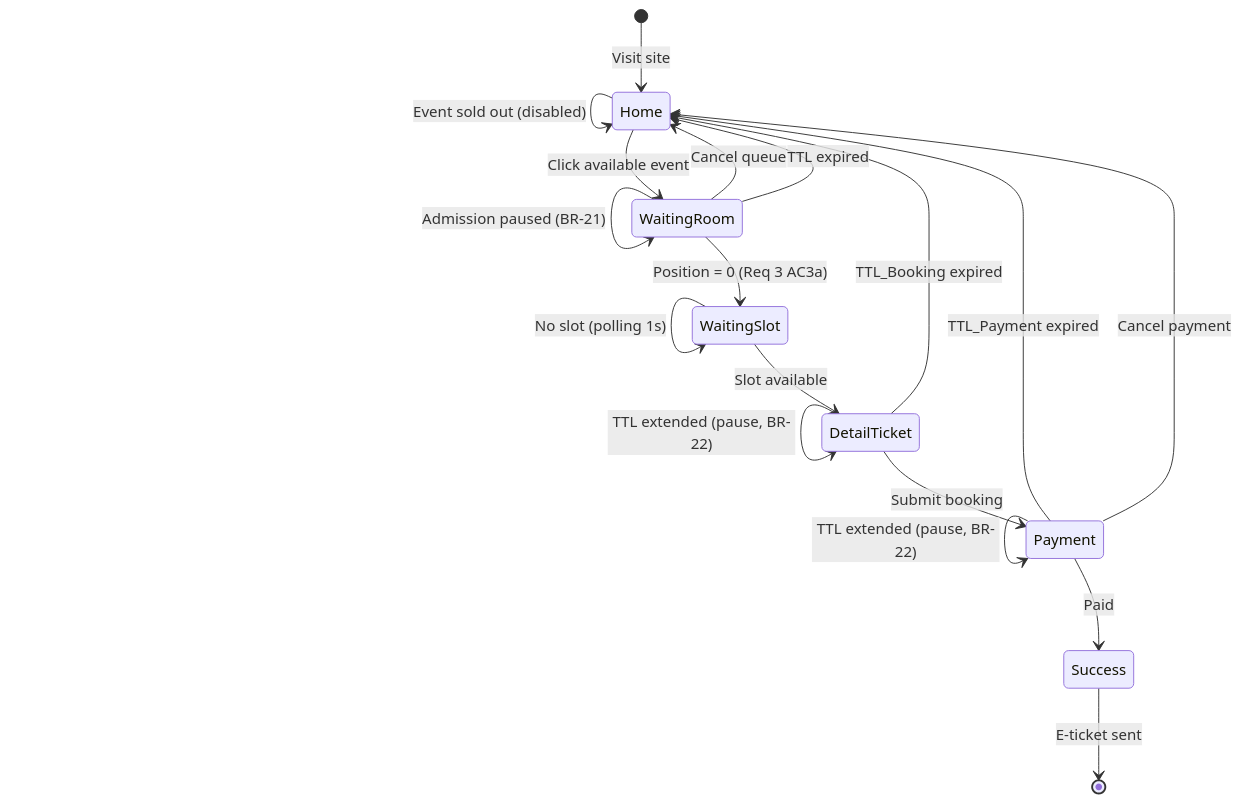
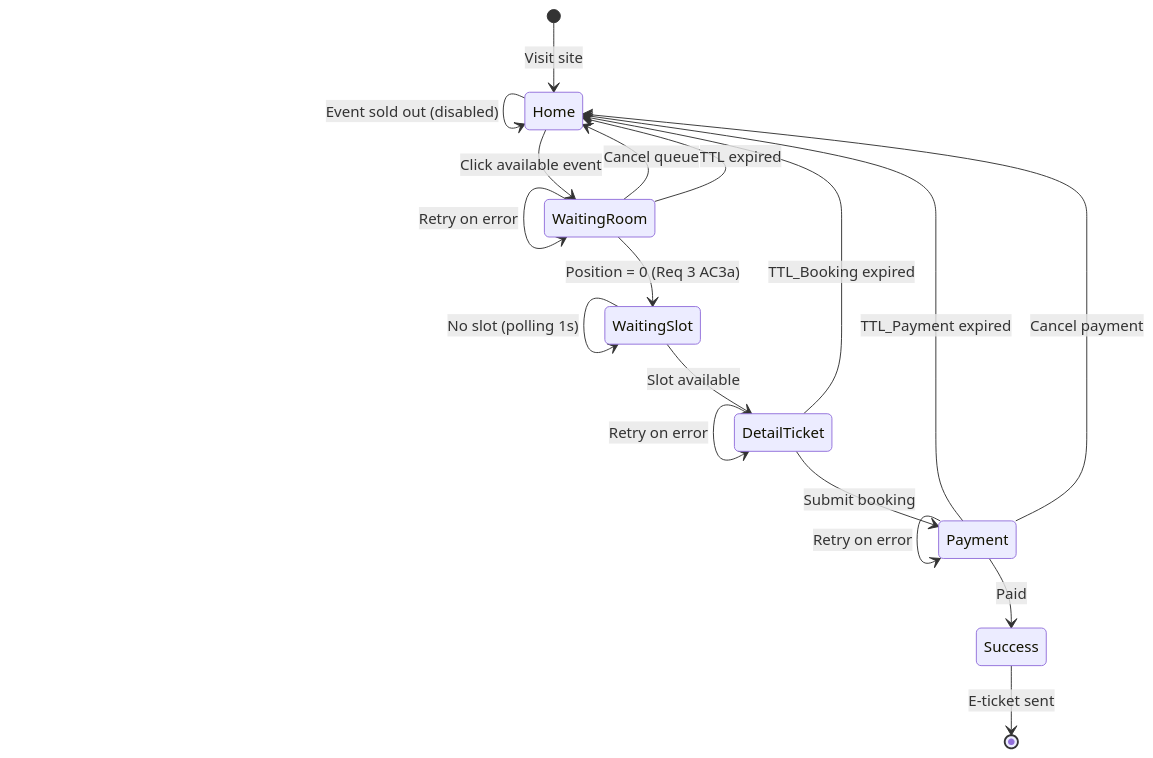
The first of 3 diagrams in .kiro/specs/rusuh-tiket-booking/design.md (PTServerJanganTumbang-BookingTicket/fe-web-rusuh-war-ticketing), drawn with Mermaid before and after one commit. The commit also changed other lines of this file and 2 other files, not shown here.

````diff
--- a/.kiro/specs/rusuh-tiket-booking/design.md
+++ b/.kiro/specs/rusuh-tiket-booking/design.md
@@ -1805,30 +1807,30 @@
 ```mermaid
 stateDiagram-v2
     [*] --> Home: Visit site
     Home --> WaitingRoom: Click available event
     Home --> Home: Event sold out (disabled)
     
     WaitingRoom --> WaitingRoom: Position > 0 (waiting)
     WaitingRoom --> WaitingSlot: Position = 0 (Req 3 AC3a)
     WaitingSlot --> DetailTicket: Slot available
     WaitingSlot --> WaitingSlot: No slot (polling 1s)
     WaitingRoom --> Home: Cancel queue
     WaitingRoom --> Home: TTL expired
-    WaitingRoom --> WaitingRoom: Admission paused (BR-21)
+    WaitingRoom --> WaitingRoom: Retry on error
     
     DetailTicket --> DetailTicket: Select tickets
     DetailTicket --> DetailTicket: Fill NIK & email
     DetailTicket --> Payment: Submit booking
     DetailTicket --> Home: TTL_Booking expired
-    DetailTicket --> DetailTicket: TTL extended (pause, BR-22)
+    DetailTicket --> DetailTicket: Retry on error
     
     Payment --> Payment: Select method
     Payment --> Payment: Change method (Req 6 AC19)
     Payment --> Payment: Waiting confirmation
     Payment --> Success: Paid
     Payment --> Home: TTL_Payment expired
     Payment --> Home: Cancel payment
-    Payment --> Payment: TTL extended (pause, BR-22)
+    Payment --> Payment: Retry on error
     
     Success --> [*]: E-ticket sent
 ```
````
